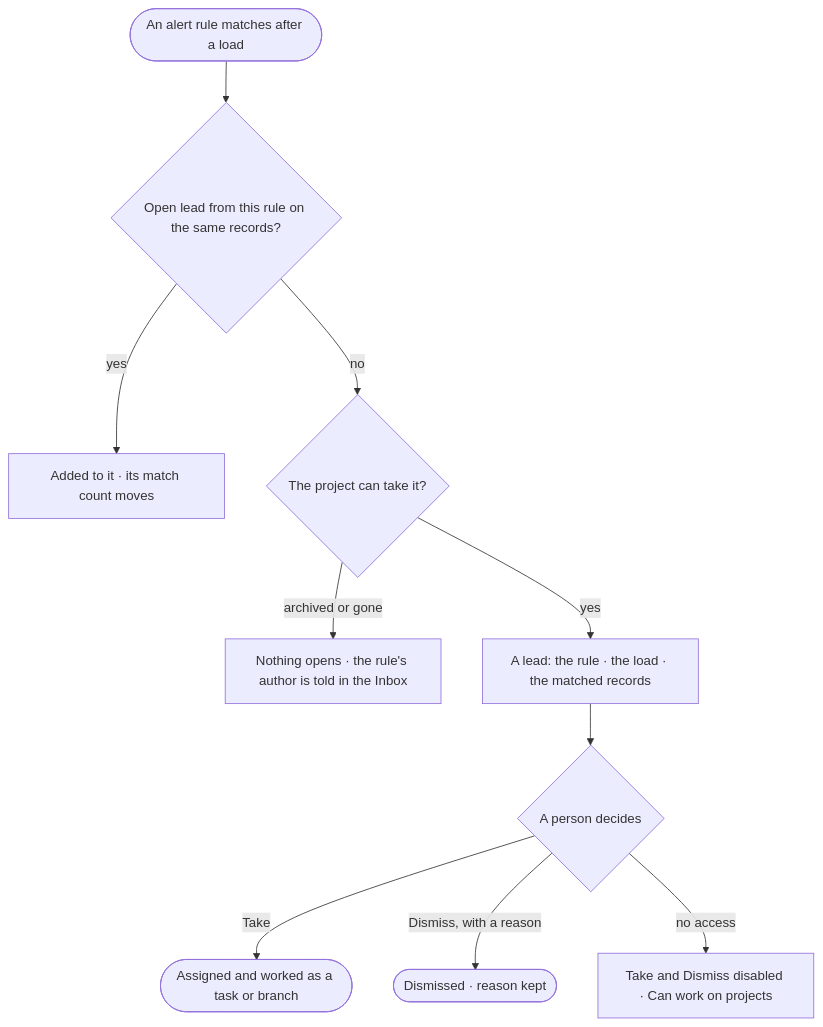
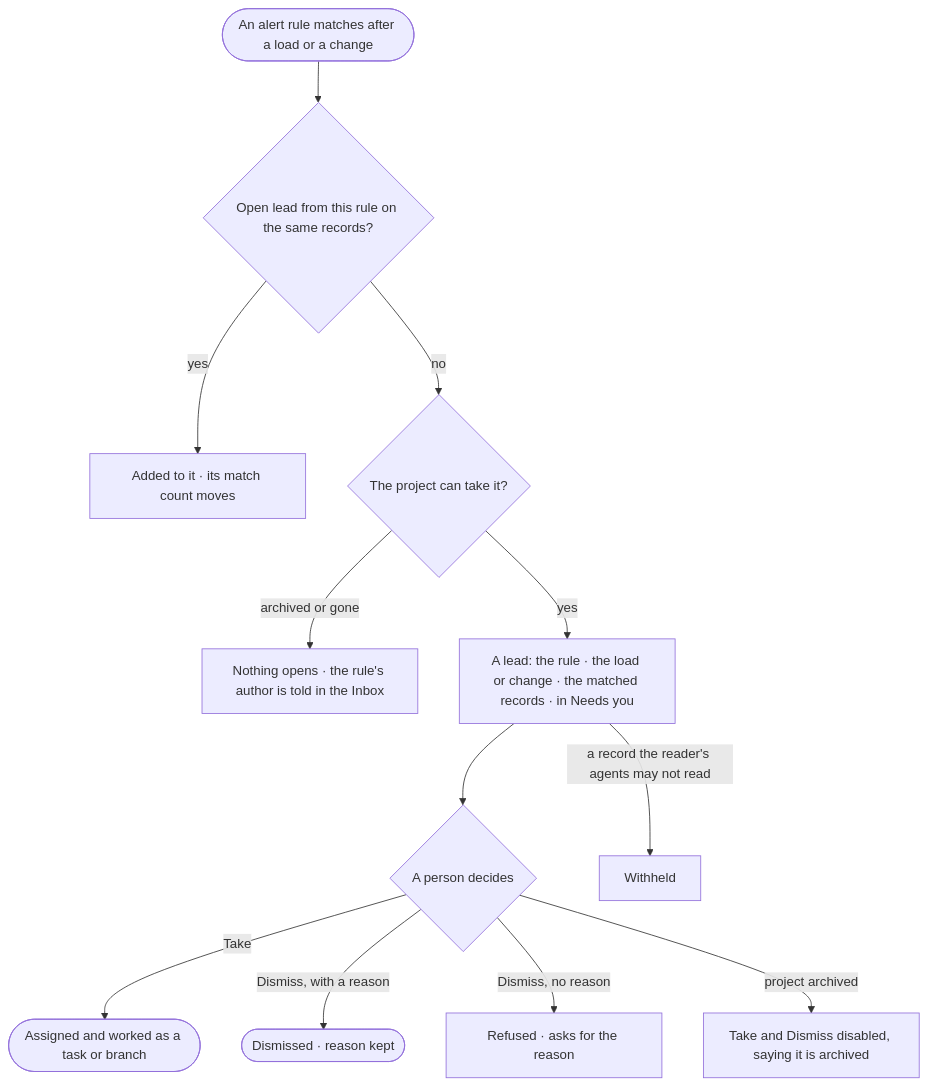
Before and after one commit to invana/invana: the diagram in specs/capabilities/projects/features/PJ-F06-alerts/stories/PJ-19-open-a-lead-when-the-records-show-a-pattern/story.md, drawn with Mermaid. The commit also changed other lines of this file and 522 other files, not shown here.

First line of the commit message:
feat(specs): specs-planes — Access, Control, Agents, Evidence and Ontology planes

````diff
--- a/specs/capabilities/projects/features/PJ-F06-alerts/stories/PJ-19-open-a-lead-when-the-records-show-a-pattern/story.md
+++ b/specs/capabilities/projects/features/PJ-F06-alerts/stories/PJ-19-open-a-lead-when-the-records-show-a-pattern/story.md
@@ -26,12 +31,14 @@
 ```mermaid
 flowchart TD
-  m([An alert rule matches after a load]) --> o{"Open lead from this rule on the same records?"}
+  m([An alert rule matches after a load or a change]) --> o{"Open lead from this rule on the same records?"}
   o -->|yes| c["Added to it · its match count moves"]
   o -->|no| p{"The project can take it?"}
   p -->|archived or gone| n["Nothing opens · the rule's author is told in the Inbox"]
-  p -->|yes| l["A lead: the rule · the load · the matched records"]
+  p -->|yes| l["A lead: the rule · the load or change · the matched records · in Needs you"]
   l --> t{"A person decides"}
   t -->|Take| w(["Assigned and worked as a task or branch"])
   t -->|Dismiss, with a reason| d(["Dismissed · reason kept"])
-  t -->|no access| x["Take and Dismiss disabled · Can work on projects"]
+  t -->|Dismiss, no reason| r["Refused · asks for the reason"]
+  t -->|project archived| x["Take and Dismiss disabled, saying it is archived"]
+  l -->|a record the reader's agents may not read| wh["Withheld"]
 ```
````
